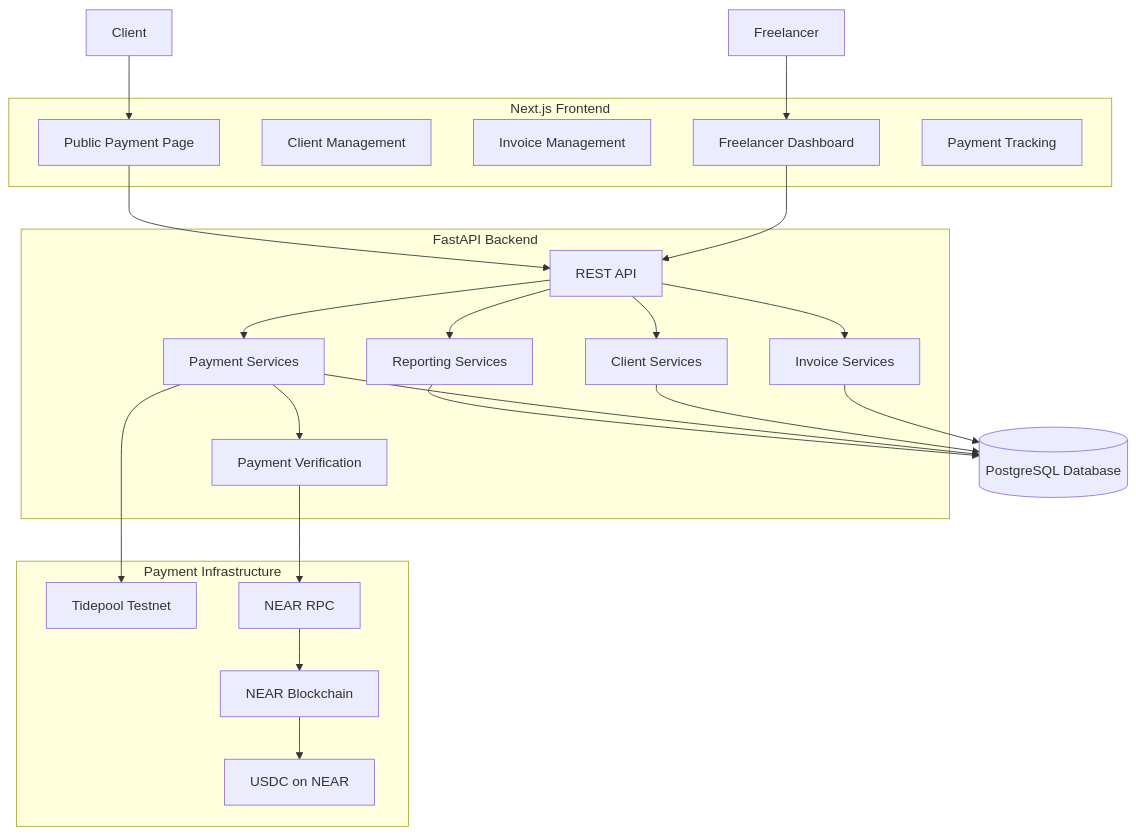
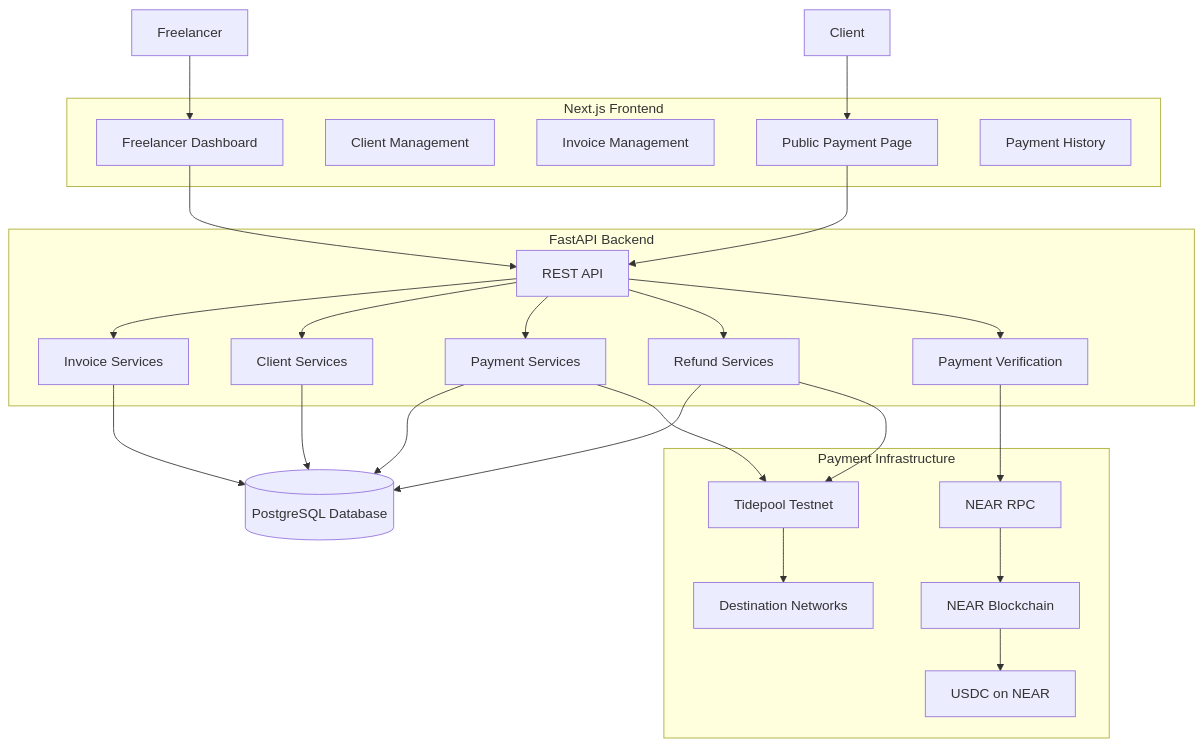
Before and after one commit to Taufiq-ul-islam/payflow-on-near: the first of 4 diagrams in README.md, drawn with Mermaid. The commit also changed other lines of this file and 22 other files, not shown here.

````diff
--- a/README.md
+++ b/README.md
@@ -100,52 +124,55 @@
 ```mermaid
 flowchart TB
     Freelancer["Freelancer"]
     Client["Client"]
 
     subgraph Frontend["Next.js Frontend"]
         Dashboard["Freelancer Dashboard"]
         ClientUI["Client Management"]
         InvoiceUI["Invoice Management"]
         PaymentUI["Public Payment Page"]
-        PaymentsUI["Payment Tracking"]
+        PaymentsUI["Payment History"]
     end
 
     subgraph Backend["FastAPI Backend"]
         API["REST API"]
         InvoiceService["Invoice Services"]
         ClientService["Client Services"]
         PaymentService["Payment Services"]
-        ReportService["Reporting Services"]
+        RefundService["Refund Services"]
         Verification["Payment Verification"]
     end
 
     DB[("PostgreSQL Database")]
 
-    subgraph PaymentInfrastructure["Payment Infrastructure"]
+    subgraph Infrastructure["Payment Infrastructure"]
         Tidepool["Tidepool Testnet"]
         NEARRPC["NEAR RPC"]
         NEAR["NEAR Blockchain"]
         USDC["USDC on NEAR"]
+        Destination["Destination Networks"]
     end
 
     Freelancer --> Dashboard
     Dashboard --> API
     Client --> PaymentUI
     PaymentUI --> API
 
     API --> InvoiceService
     API --> ClientService
     API --> PaymentService
-    API --> ReportService
+    API --> RefundService
+    API --> Verification
 
     InvoiceService --> DB
     ClientService --> DB
     PaymentService --> DB
-    ReportService --> DB
+    RefundService --> DB
 
     PaymentService --> Tidepool
-    PaymentService --> Verification
+    RefundService --> Tidepool
     Verification --> NEARRPC
     NEARRPC --> NEAR
     NEAR --> USDC
+    Tidepool --> Destination
 ```
````
